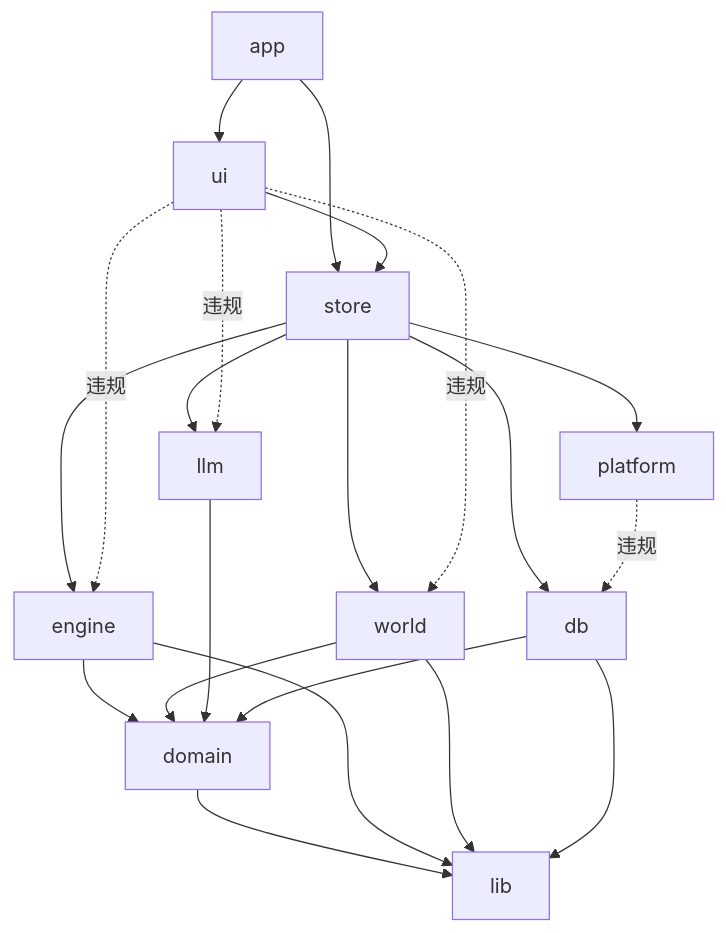
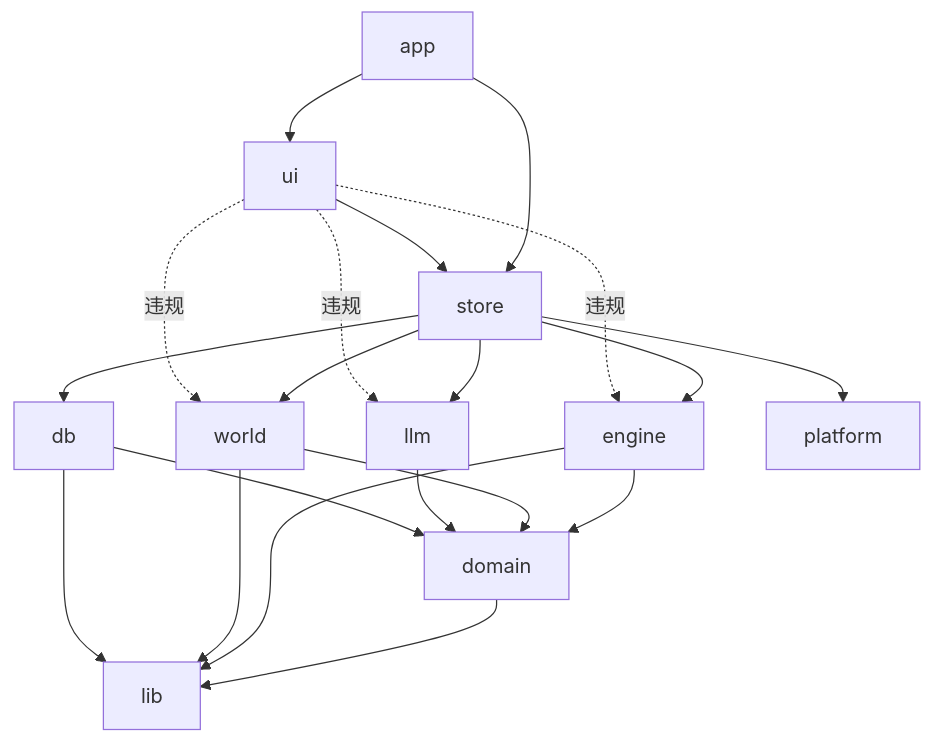
Before and after one commit to Roulandu/rpg_life_game: the second of 4 diagrams in docs/architecture/overview.md, drawn with Mermaid. The commit also changed other lines of this file and 24 other files, not shown here.

````diff
--- a/docs/architecture/overview.md
+++ b/docs/architecture/overview.md
@@ -102,23 +102,22 @@
 ```mermaid
 flowchart TD
   APP[app] --> UI[ui]
   APP --> STORE[store]
   UI --> STORE
   STORE --> ENGINE[engine]
   STORE --> WORLD[world]
   STORE --> LLM[llm]
   STORE --> DB[db]
   STORE --> PLATFORM[platform]
   ENGINE --> DOMAIN[domain]
   WORLD --> DOMAIN
   LLM --> DOMAIN
   DB --> DOMAIN
   DOMAIN --> LIB[lib]
   ENGINE --> LIB
   WORLD --> LIB
   DB --> LIB
   UI -.违规.-> ENGINE
   UI -.违规.-> WORLD
   UI -.违规.-> LLM
-  PLATFORM -.违规.-> DB
 ```
````
